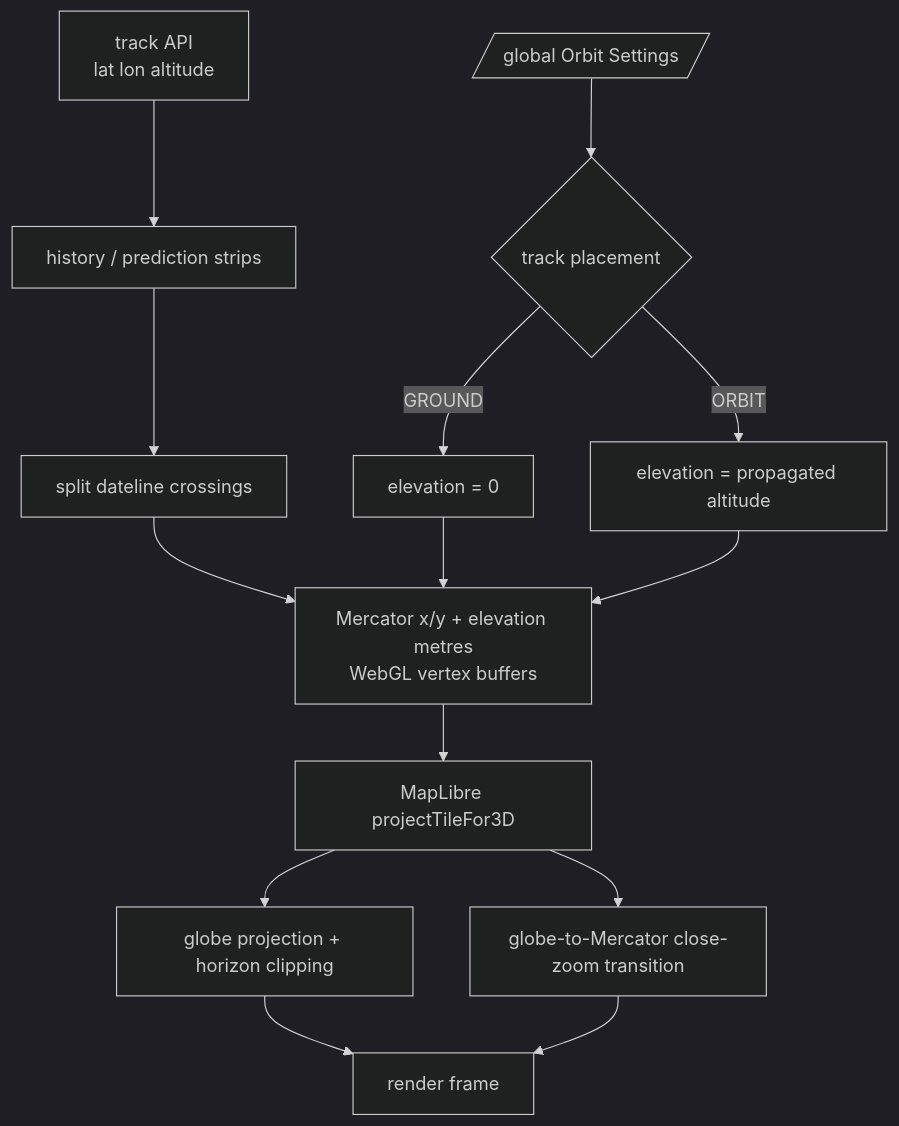
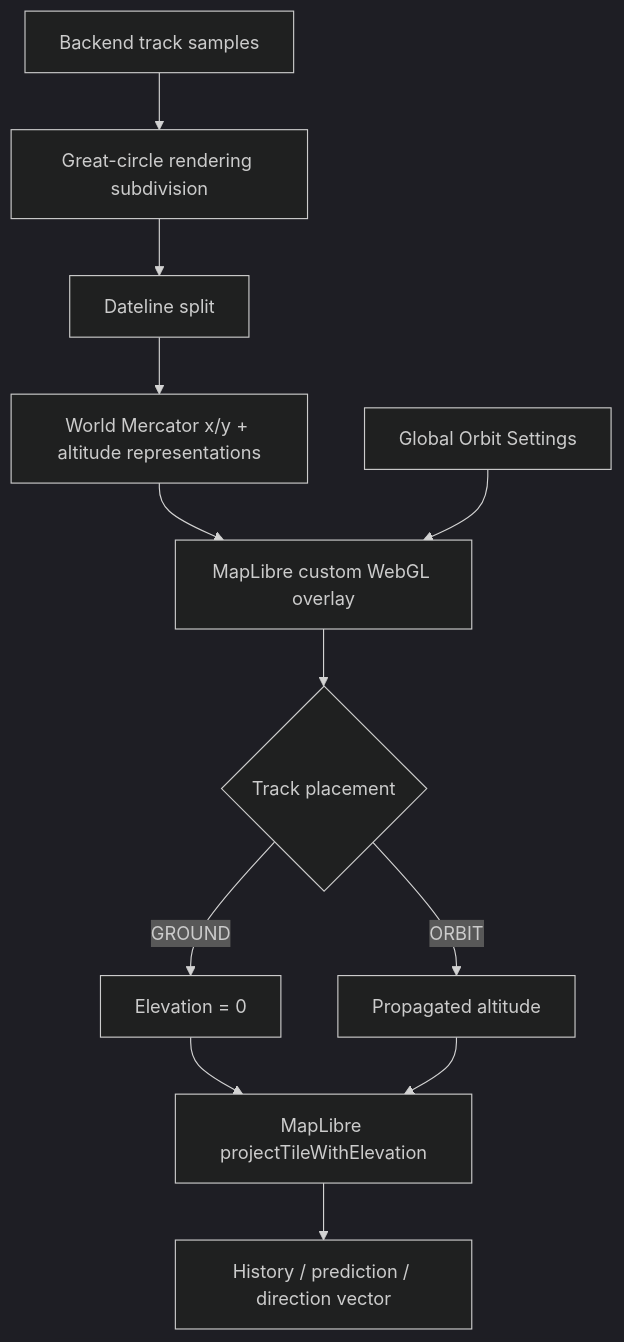
The fourth of 8 diagrams in docs/architecture.md (ExoSpaceLabs/world-sat-monitor), drawn with Mermaid (dark theme) before and after one commit. The commit also changed other lines of this file, not shown here.

Commit message:
docs(world-sat-monitor): align architecture with orbit overlay projection

````diff
--- a/docs/architecture.md
+++ b/docs/architecture.md
@@ -78,16 +53,14 @@
 ```mermaid
 flowchart TD
-    API[track API<br/>lat lon altitude] --> SEG[history / prediction strips]
-    SEG --> WRAP[split dateline crossings]
-    WRAP --> BUF[Mercator x/y + elevation metres<br/>WebGL vertex buffers]
-    CFG[/global Orbit Settings/] --> MODE{track placement}
-    MODE -->|GROUND| ZERO[elevation = 0]
-    MODE -->|ORBIT| ALT[elevation = propagated altitude]
-    ZERO --> BUF
-    ALT --> BUF
-    BUF --> ML[MapLibre projectTileFor3D]
-    ML --> GLOBE[globe projection + horizon clipping]
-    ML --> CLOSE[globe-to-Mercator close-zoom transition]
-    GLOBE --> FRAME[render frame]
-    CLOSE --> FRAME
+    API[Backend track samples] --> SEG[Great-circle rendering subdivision]
+    SEG --> SPLIT[Dateline split]
+    SPLIT --> BUF[World Mercator x/y + altitude representations]
+    BUF --> WEBGL[MapLibre custom WebGL overlay]
+    SETTINGS[Global Orbit Settings] --> WEBGL
+    WEBGL --> MODE{Track placement}
+    MODE -->|GROUND| ZERO[Elevation = 0]
+    MODE -->|ORBIT| ALT[Propagated altitude]
+    ZERO --> PROJ[MapLibre projectTileWithElevation]
+    ALT --> PROJ
+    PROJ --> VIEW[History / prediction / direction vector]
 ```
````
